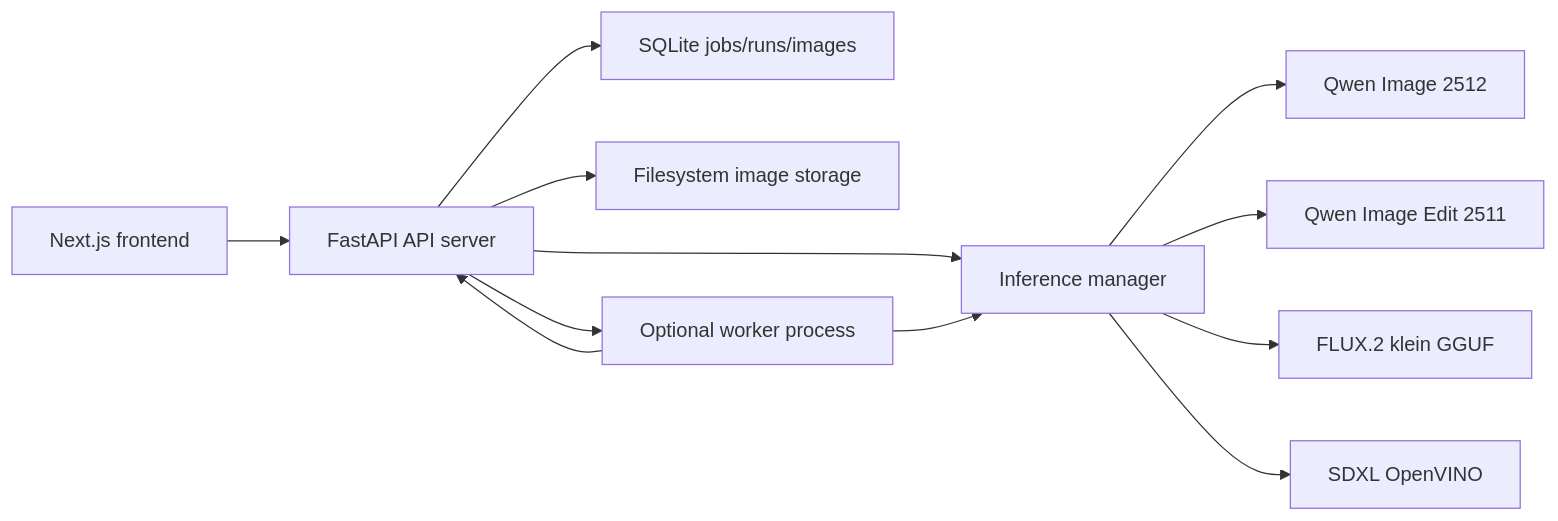
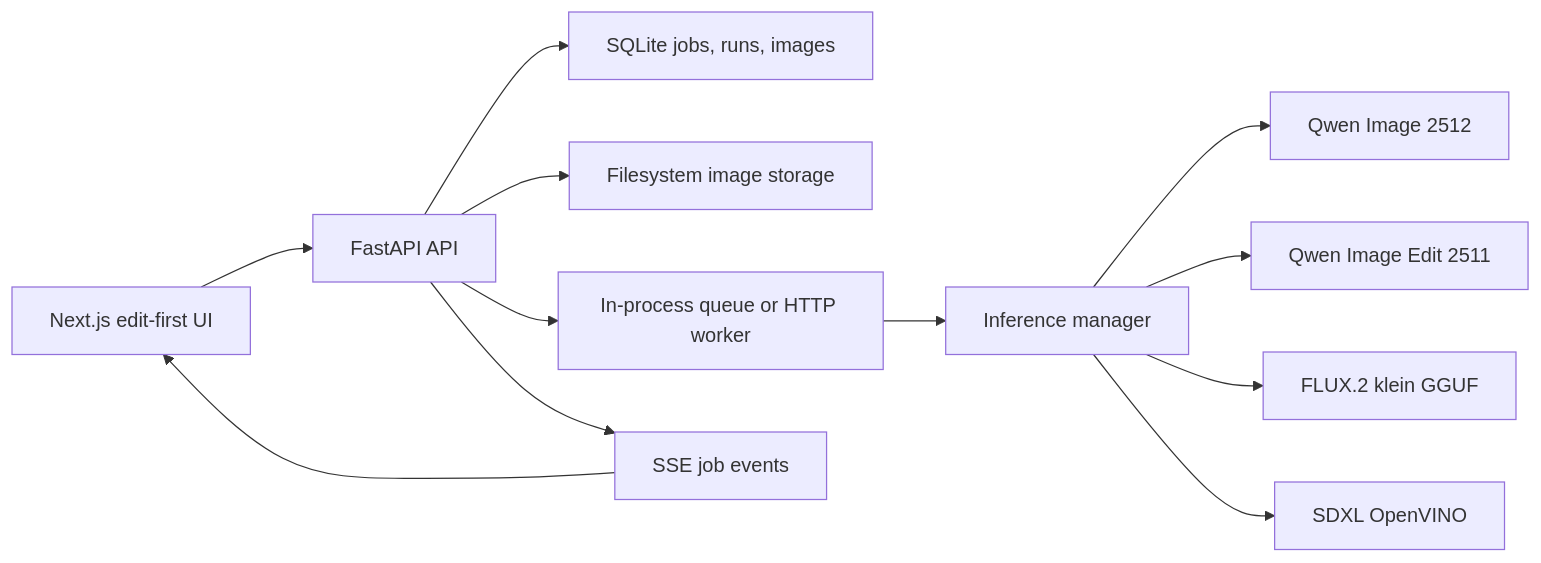
The first of 2 diagrams in docs/architecture/system-overview.md (PaladinKnightMaster/ai-image-edit), drawn with Mermaid before and after one commit. The commit also changed other lines of this file and 54 other files, not shown here.

````diff
--- a/docs/architecture/system-overview.md
+++ b/docs/architecture/system-overview.md
@@ -9,14 +14,14 @@
 ```mermaid
 flowchart LR
-  UI["Next.js frontend"] --> API["FastAPI API server"]
-  API --> DB["SQLite jobs/runs/images"]
+  UI["Next.js edit-first UI"] --> API["FastAPI API"]
+  API --> DB["SQLite jobs, runs, images"]
   API --> FS["Filesystem image storage"]
-  API --> MGR["Inference manager"]
+  API --> JOBS["In-process queue or HTTP worker"]
+  JOBS --> MGR["Inference manager"]
   MGR --> QWEN_T2I["Qwen Image 2512"]
   MGR --> QWEN_EDIT["Qwen Image Edit 2511"]
   MGR --> FLUX["FLUX.2 klein GGUF"]
   MGR --> SDXL["SDXL OpenVINO"]
-  API --> WORKER["Optional worker process"]
-  WORKER --> MGR
-  WORKER --> API
+  API --> SSE["SSE job events"]
+  SSE --> UI
 ```
````
